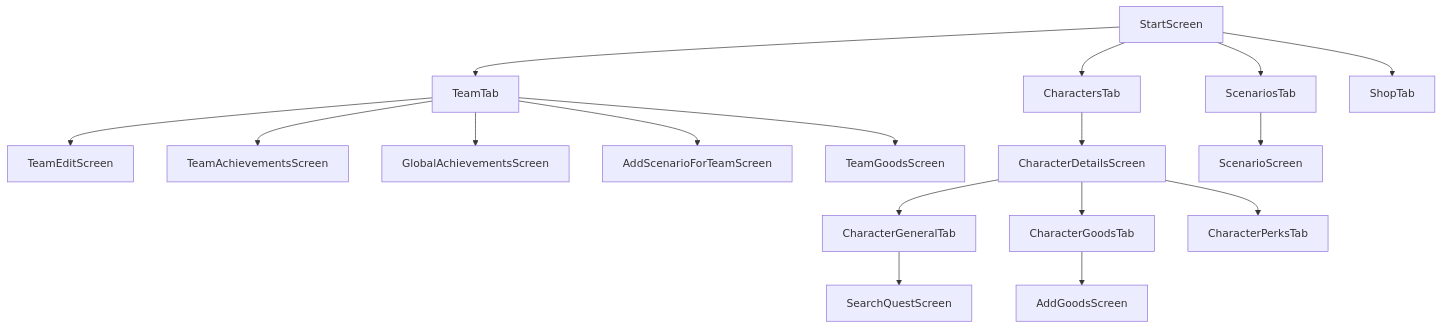
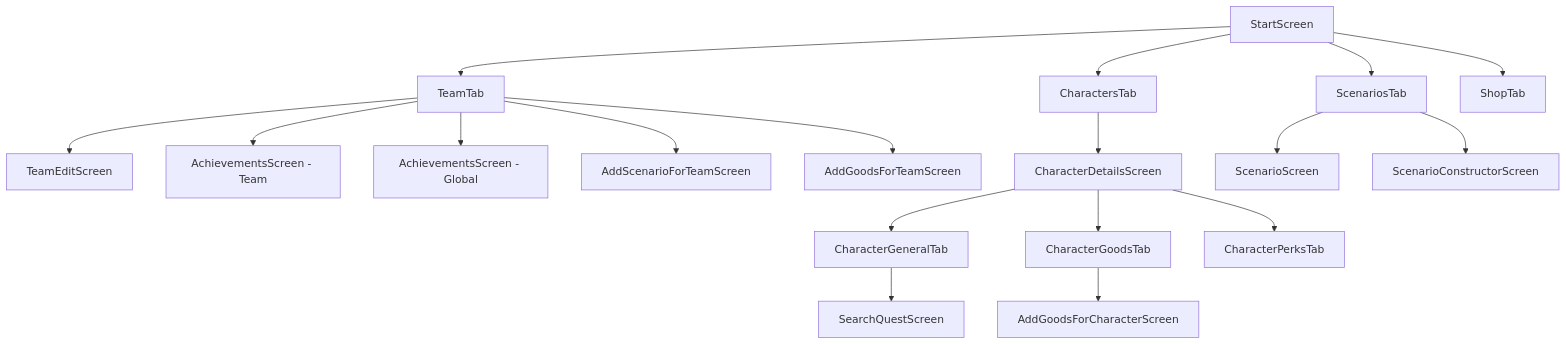
The fifth of 5 diagrams in ARCHITECTURE.md (NinaTverdohleb/GloomhavenHalper), drawn with Mermaid before and after one commit. The commit also changed other lines of this file and 9 other files, not shown here.

````diff
--- a/ARCHITECTURE.md
+++ b/ARCHITECTURE.md
@@ -888,23 +889,24 @@
 ```mermaid
 flowchart TD
     Start[StartScreen] --> CharTab[CharactersTab]
     Start --> TeamTab[TeamTab]
     Start --> ScenariosTab[ScenariosTab]
     Start --> ShopTab[ShopTab]
 
     TeamTab --> TeamEdit[TeamEditScreen]
-    TeamTab --> TeamAch[TeamAchievementsScreen]
-    TeamTab --> GlobalAch[GlobalAchievementsScreen]
+    TeamTab --> TeamAch[AchievementsScreen - Team]
+    TeamTab --> GlobalAch[AchievementsScreen - Global]
     TeamTab --> AddScenario[AddScenarioForTeamScreen]
-    TeamTab --> TeamGoods[TeamGoodsScreen]
+    TeamTab --> TeamGoods[AddGoodsForTeamScreen]
 
     CharTab --> CharDetails[CharacterDetailsScreen]
     CharDetails --> GeneralTab[CharacterGeneralTab]
     CharDetails --> GoodsTab[CharacterGoodsTab]
     CharDetails --> PerksTab[CharacterPerksTab]
 
     GeneralTab --> SearchQuest[SearchQuestScreen]
-    GoodsTab --> AddGoods[AddGoodsScreen]
+    GoodsTab --> AddGoods[AddGoodsForCharacterScreen]
 
     ScenariosTab --> ScenarioPlay[ScenarioScreen]
+    ScenariosTab --> ScenarioConstructor[ScenarioConstructorScreen]
 ```
````
